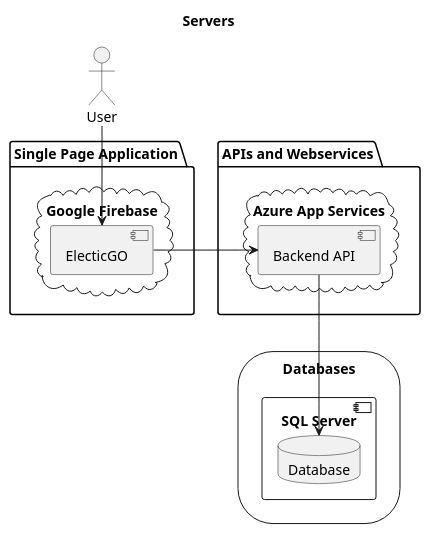
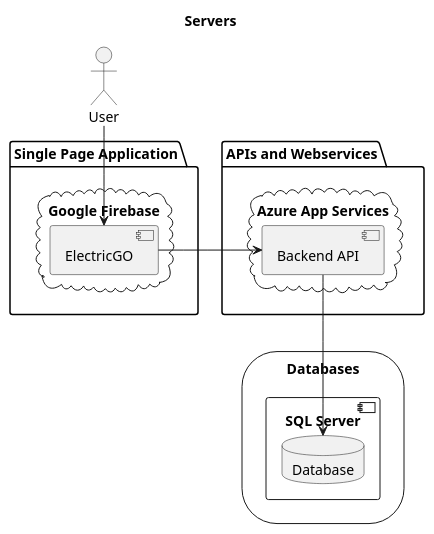
One commit to pedrofern/desofs2024_M1A_1 changed the diagram in Deliverables/diagrams/servers.puml. Above: the diagram before and after it, drawn with PlantUML. The commit also changed 5 other files, not shown here.

```diff
--- a/Deliverables/diagrams/servers.puml
+++ b/Deliverables/diagrams/servers.puml
@@ -1,23 +1,23 @@
 @startuml Servers
 title Servers
 actor User
 storage "Databases" {
     component "SQL Server" {
         database "Database" as bd
     }
 }
 package "APIs and Webservices" {
     cloud "Azure App Services" {
         component "Backend API" as backend
     }
 }
 package "Single Page Application" {
     cloud "Google Firebase" {
-        component "ElecticGO" as spa
+        component "ElectricGO" as spa
     }
 }
 User --> spa
 spa -> backend
 backend ---> bd
 
 @enduml
```
